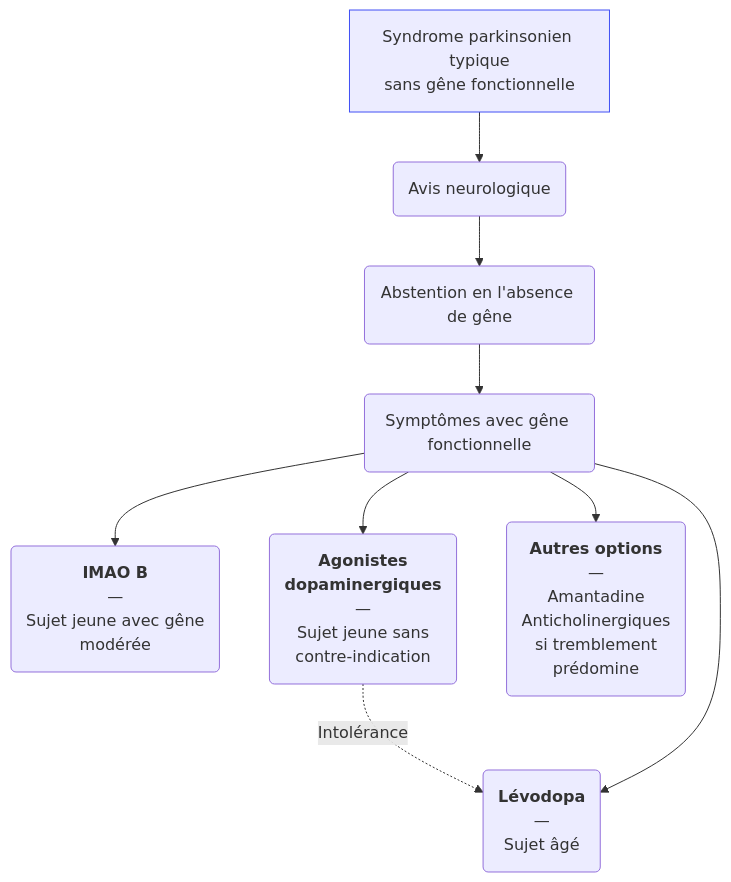
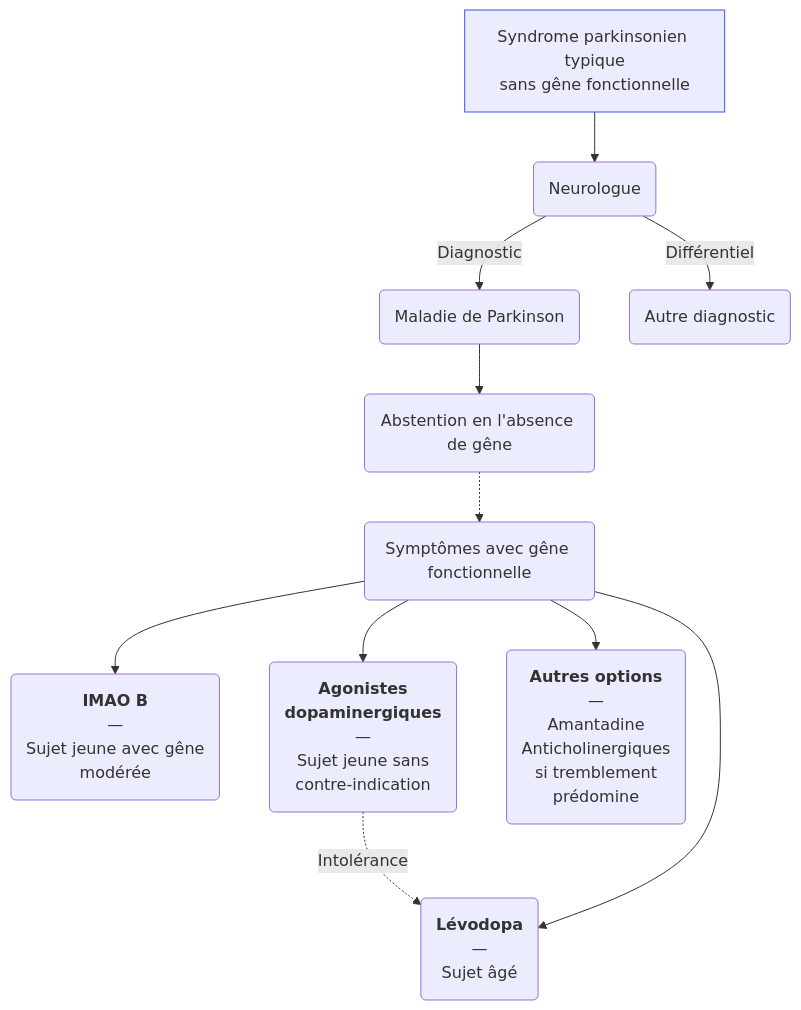
Before and after one commit to djibe/recommandations-medicales: the first of 2 diagrams in content/recommandations/maladie-parkinson.md, drawn with Mermaid. The commit also changed other lines of this file and 19 other files, not shown here.

```diff
--- a/content/recommandations/maladie-parkinson.md
+++ b/content/recommandations/maladie-parkinson.md
@@ -469,9 +469,10 @@
 {{< mermaid title="Traitements médicamenteux des troubles moteurs au début de la Maladie de Parkinson. Dr JB Fron d'après HAS 2016">}}
 graph TB
-  Parkinson[Syndrome parkinsonien typique<br>sans gêne fonctionnelle] --> neurologue(Avis neurologique) --> abstention(Abstention en l'absence de gêne) --> gêne(Symptômes avec gêne fonctionnelle)
-  style Parkinson stroke:#4150f5, stroke-width:1px
+  Parkinson[Syndrome parkinsonien typique<br>sans gêne fonctionnelle] --> neurologue(Neurologue) -- Diagnostic --> maladie(Maladie de Parkinson) --> abstention(Abstention en l'absence de gêne) -.-> gêne(Symptômes avec gêne fonctionnelle)
+    neurologue -- Différentiel --> autre(Autre diagnostic)
     gêne --> IMAOB("<b>IMAO B</b><br>—<br>Sujet jeune avec gêne<br>modérée")
     gêne --> agonistes("<b>Agonistes<br>dopaminergiques</b><br>—<br>Sujet jeune sans<br>contre-indication") -. Intolérance .-> Levodopa
     gêne --> Levodopa("<b>Lévodopa</b><br>—<br>Sujet âgé")
     gêne --> autres("<b>Autres options</b><br>—<br>Amantadine<br>Anticholinergiques<br>si tremblement<br>prédomine")
+  style Parkinson stroke:#4150f5, stroke-width:1px
 {{< /mermaid >}}
```
